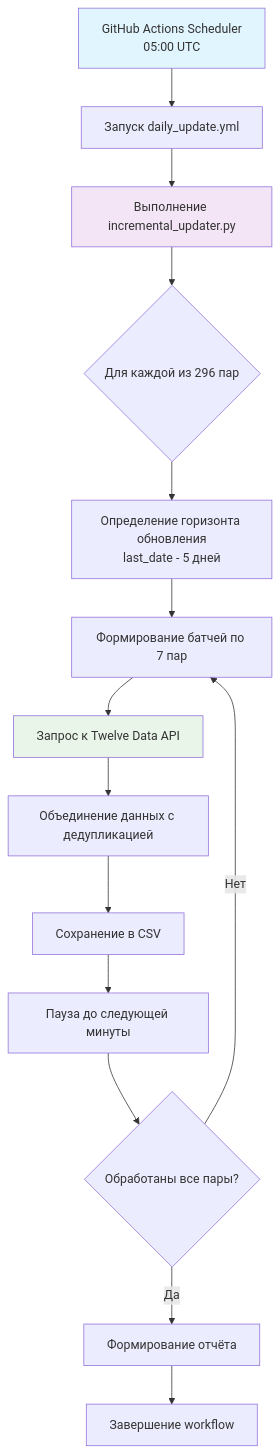
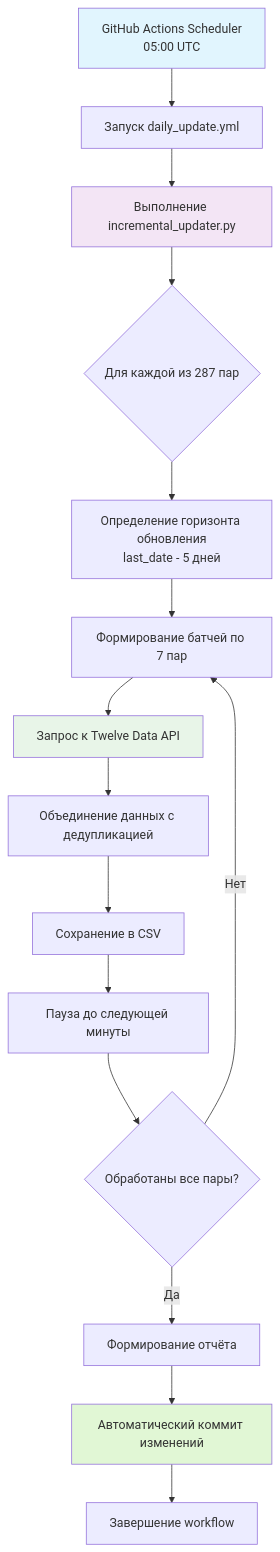
One commit to prog815/abscur3 changed the first of 2 diagrams in scripts/daily_update/README.md. Above: the diagram before and after it, drawn with Mermaid. The commit also changed other lines of this file, not shown here.

````diff
--- a/scripts/daily_update/README.md
+++ b/scripts/daily_update/README.md
@@ -23,22 +53,24 @@
 ```mermaid
 graph TD
     A[GitHub Actions Scheduler<br/>05:00 UTC] --> B[Запуск daily_update.yml]
     B --> C[Выполнение incremental_updater.py]
     
-    C --> D{Для каждой из 296 пар}
+    C --> D{Для каждой из 287 пар}
     D --> E[Определение горизонта обновления<br/>last_date - 5 дней]
     E --> F[Формирование батчей по 7 пар]
     F --> G[Запрос к Twelve Data API]
     G --> H[Объединение данных с дедупликацией]
     H --> I[Сохранение в CSV]
     
     I --> J[Пауза до следующей минуты]
     J --> K{Обработаны все пары?}
     K -->|Нет| F
     K -->|Да| L[Формирование отчёта]
-    L --> M[Завершение workflow]
+    L --> M[Автоматический коммит изменений]
+    M --> N[Завершение workflow]
     
     style A fill:#e1f5fe
     style C fill:#f3e5f5
     style G fill:#e8f5e8
+    style M fill:#e1f7d5
 ```
````
